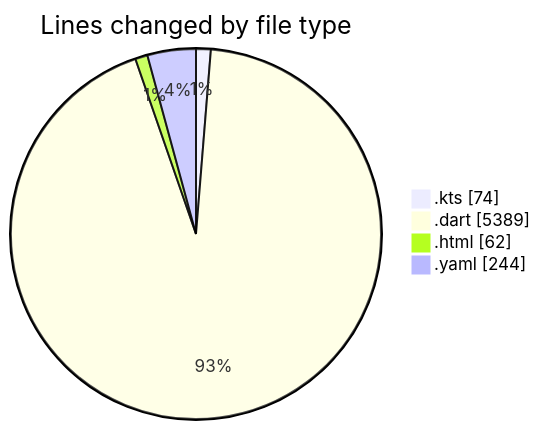
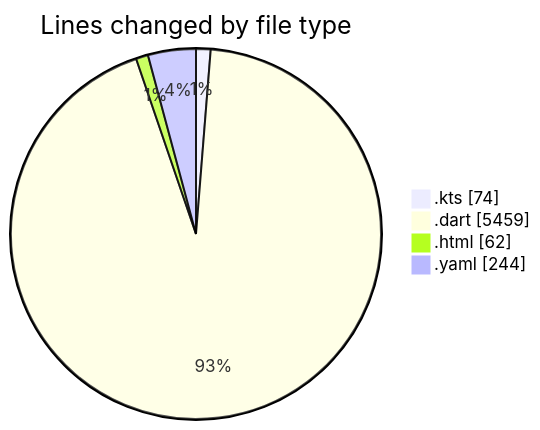
The first of 2 diagrams in 2025-08-03/studybuddy/README.md (lephambinh05/code-tracking), drawn with Mermaid before and after one commit. The commit also changed other lines of this file and 1 other file, not shown here.

````diff
--- a/2025-08-03/studybuddy/README.md
+++ b/2025-08-03/studybuddy/README.md
@@ -51,8 +51,8 @@
 ```mermaid
 pie showData
 title Lines changed by file type
 ".kts" : 74
-".dart" : 5389
+".dart" : 5459
 ".html" : 62
 ".yaml" : 244
 ```
````
